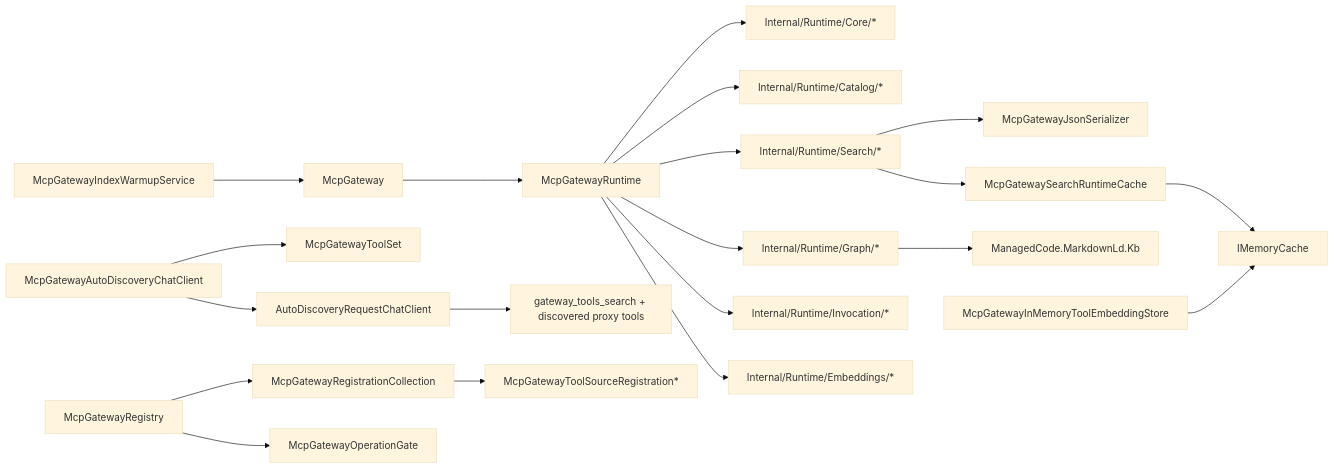
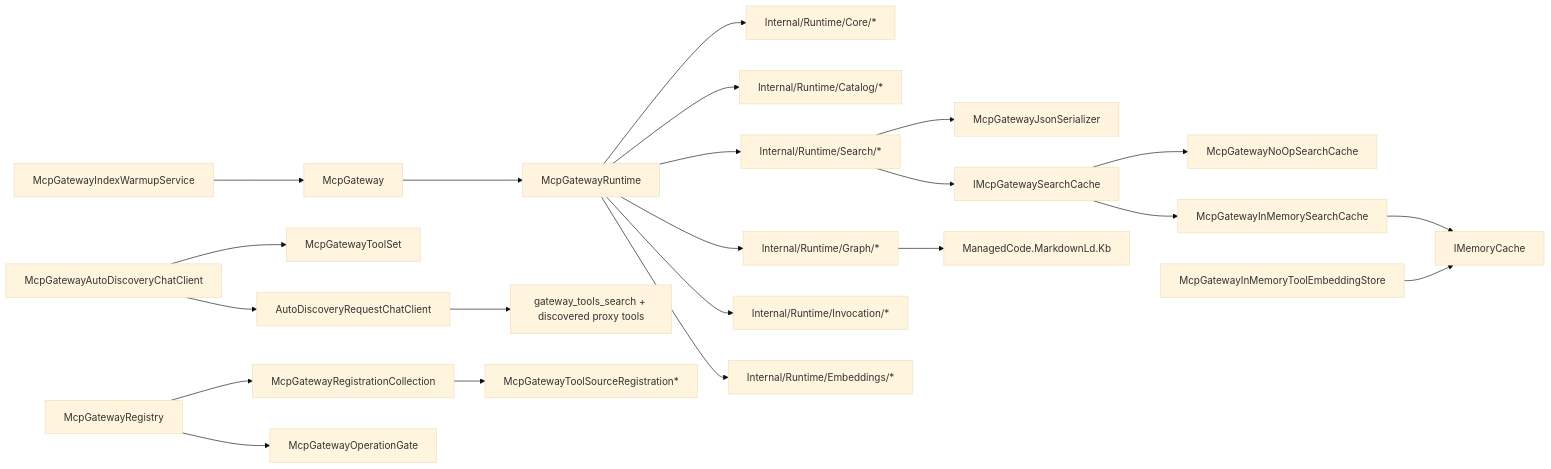
One commit to managedcode/MCPGateway changed the fourth of 4 diagrams in docs/Architecture/Overview.md. Above: the diagram before and after it, drawn with Mermaid (base theme). The commit also changed other lines of this file and 40 other files, not shown here.

````diff
--- a/docs/Architecture/Overview.md
+++ b/docs/Architecture/Overview.md
@@ -98,22 +98,24 @@
 ```mermaid
 flowchart LR
     McpGateway["McpGateway"] --> McpGatewayRuntime["McpGatewayRuntime"]
     AutoDiscovery["McpGatewayAutoDiscoveryChatClient"] --> ToolSet["McpGatewayToolSet"]
     AutoDiscovery --> RequestWrapper["AutoDiscoveryRequestChatClient"]
     RequestWrapper --> RuntimeTools["gateway_tools_search + discovered proxy tools"]
     McpGatewayRuntime --> RuntimeCore["Internal/Runtime/Core/*"]
     McpGatewayRuntime --> RuntimeCatalog["Internal/Runtime/Catalog/*"]
     McpGatewayRuntime --> RuntimeSearch["Internal/Runtime/Search/*"]
     McpGatewayRuntime --> RuntimeGraph["Internal/Runtime/Graph/*"]
     McpGatewayRuntime --> RuntimeInvocation["Internal/Runtime/Invocation/*"]
     McpGatewayRuntime --> RuntimeEmbeddings["Internal/Runtime/Embeddings/*"]
     Registry["McpGatewayRegistry"] --> RegistrationCollection["McpGatewayRegistrationCollection"]
     Registry --> OperationGate["McpGatewayOperationGate"]
     RegistrationCollection --> SourceRegistrations["McpGatewayToolSourceRegistration*"]
     RuntimeSearch --> Json["McpGatewayJsonSerializer"]
-    RuntimeSearch --> RuntimeCache["McpGatewaySearchRuntimeCache"]
-    RuntimeCache --> MemoryCache["IMemoryCache"]
+    RuntimeSearch --> SearchCache["IMcpGatewaySearchCache"]
+    SearchCache --> NoOpCache["McpGatewayNoOpSearchCache"]
+    SearchCache --> InMemorySearchCache["McpGatewayInMemorySearchCache"]
+    InMemorySearchCache --> MemoryCache["IMemoryCache"]
     RuntimeGraph --> MarkdownLd["ManagedCode.MarkdownLd.Kb"]
     Warmup["McpGatewayIndexWarmupService"] --> McpGateway
     InMemoryStore["McpGatewayInMemoryToolEmbeddingStore"] --> MemoryCache["IMemoryCache"]
 ```
````
